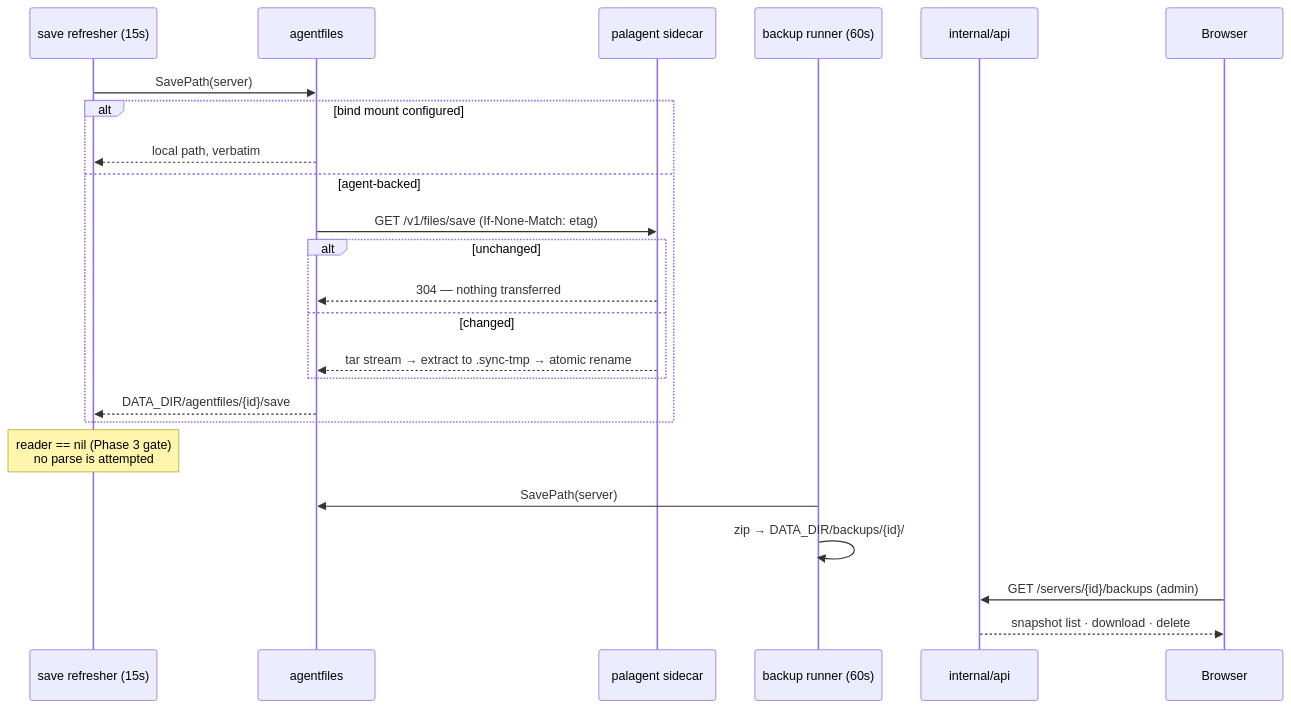
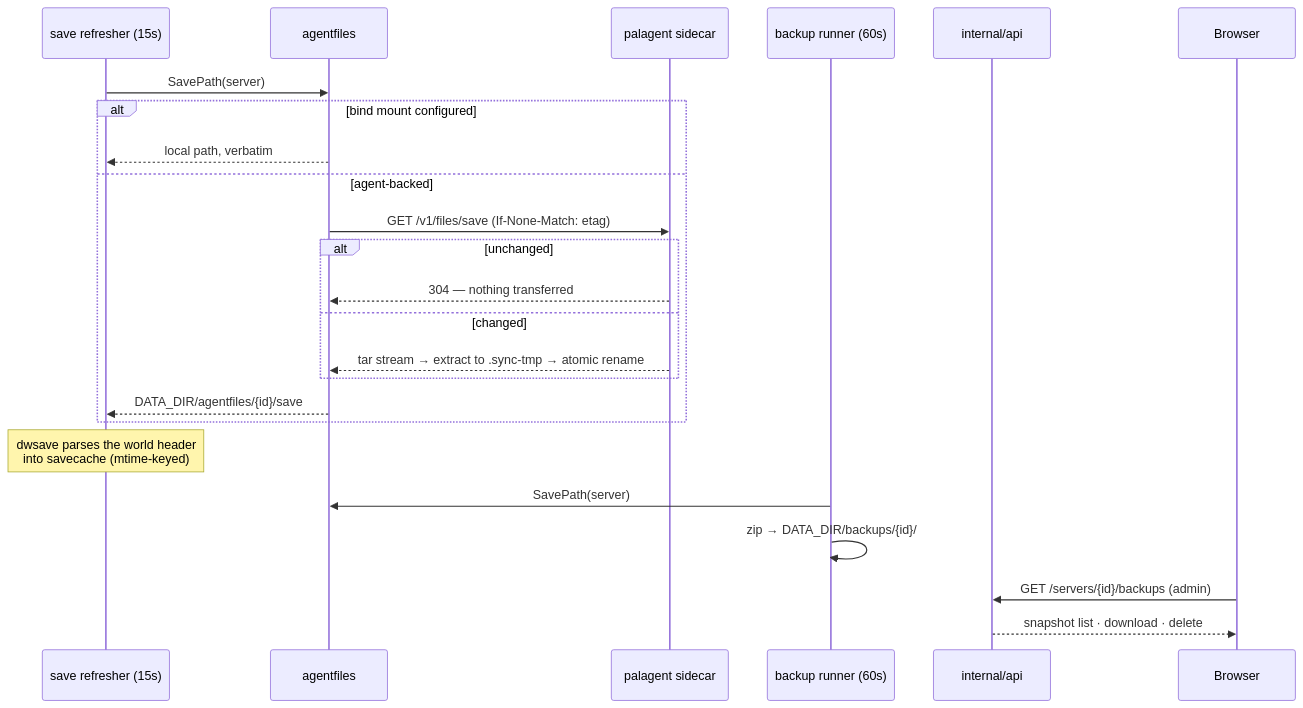
Before and after one commit to safwyls/artificer: the third of 5 diagrams in docs/architecture.md, drawn with Mermaid. The commit also changed other lines of this file and 16 other files, not shown here.

````diff
--- a/docs/architecture.md
+++ b/docs/architecture.md
@@ -438,27 +439,27 @@
 ```mermaid
 sequenceDiagram
     participant L as save refresher (15s)
     participant AF as agentfiles
     participant AG as palagent sidecar
     participant BK as backup runner (60s)
     participant API as internal/api
     participant B as Browser
 
     L->>AF: SavePath(server)
     alt bind mount configured
         AF-->>L: local path, verbatim
     else agent-backed
         AF->>AG: GET /v1/files/save (If-None-Match: etag)
         alt unchanged
             AG-->>AF: 304 — nothing transferred
         else changed
             AG-->>AF: tar stream → extract to .sync-tmp → atomic rename
         end
         AF-->>L: DATA_DIR/agentfiles/{id}/save
     end
-    Note over L: reader == nil (Phase 3 gate)<br/>no parse is attempted
+    Note over L: dwsave parses the world header<br/>into savecache (mtime-keyed)
     BK->>AF: SavePath(server)
     BK->>BK: zip → DATA_DIR/backups/{id}/
     B->>API: GET /servers/{id}/backups (admin)
     API-->>B: snapshot list · download · delete
 ```
````
